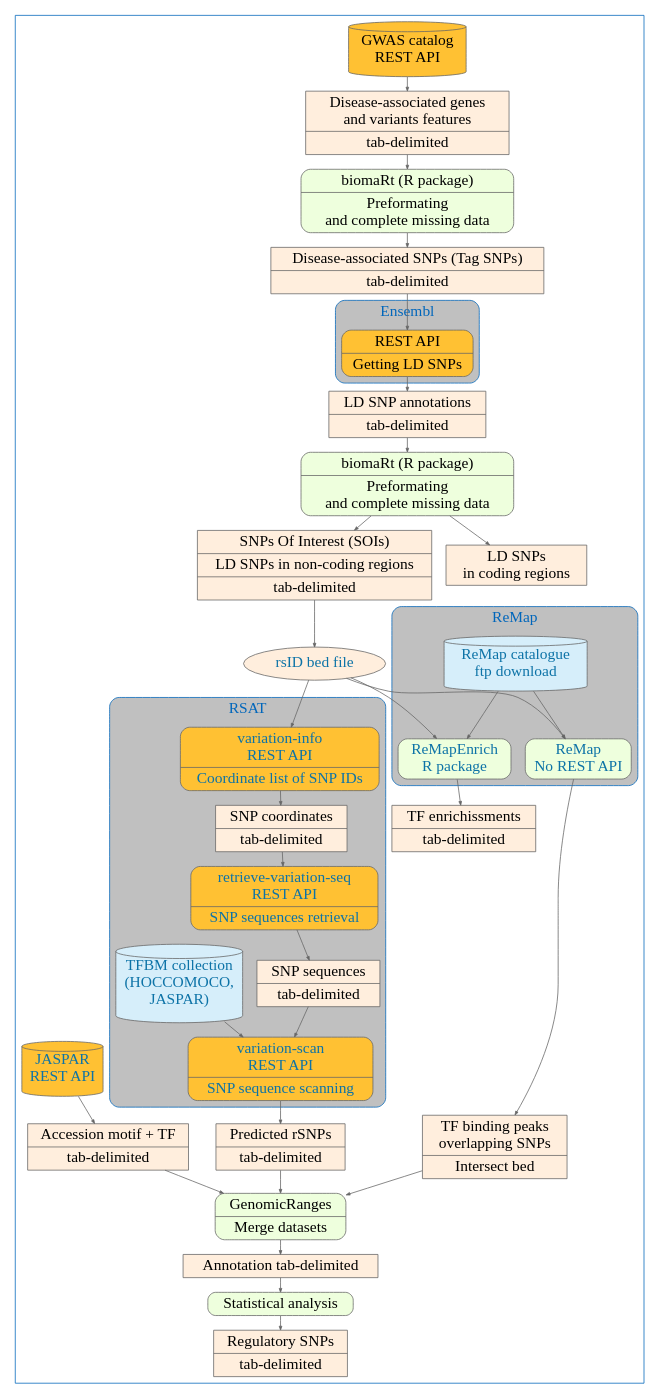
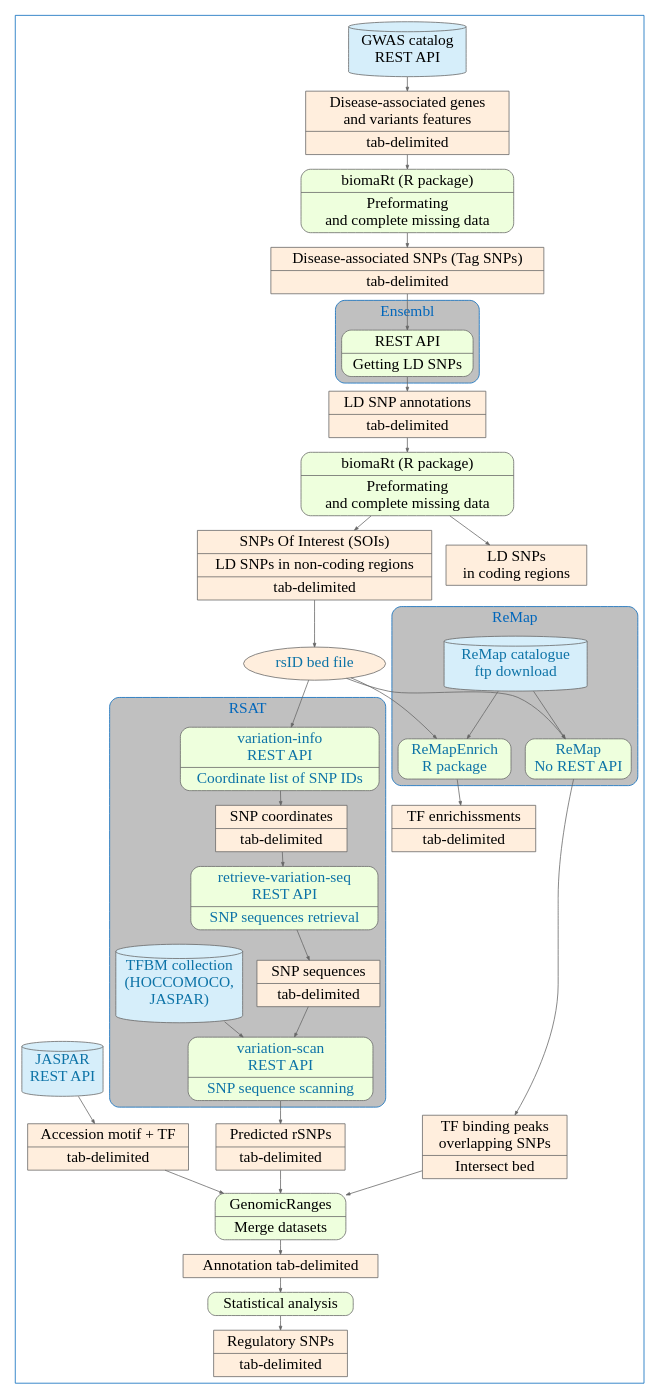
One commit to GREEKC/hackathon-marseille changed the diagram in project_descriptions/workflow_disease-associated-rSNPs/cisreg_GWAS/flowchart/cisreg-GWAS.dot. Above: the diagram before and after it, drawn with Graphviz. The commit also changed 1 other file, not shown here.

```diff
--- a/project_descriptions/workflow_disease-associated-rSNPs/cisreg_GWAS/flowchart/cisreg-GWAS.dot
+++ b/project_descriptions/workflow_disease-associated-rSNPs/cisreg_GWAS/flowchart/cisreg-GWAS.dot
@@ -8,7 +8,7 @@
 	edge [fontname="ArialMT",fontsize="20",labelfontname="ArialMT",labelfontsize="20", arrowsize="0.5", color="#666666"];
 	node [fontname="ArialMT",fontsize="20",shape=record,height="0.2", color="#666666"];
 
-	gwas_catalog [shape = "cylinder", style = "rounded,filled", fillcolor = "#FFC133", label = "GWAS catalog \n REST API", URL = "http://www.ebi.ac.uk/gwas/"];
+	gwas_catalog [shape = "cylinder", style = "rounded,filled", fillcolor = "#D6EEFA", label = "GWAS catalog \n REST API", URL = "http://www.ebi.ac.uk/gwas/"];
 			
 	gwas_catalog -> download
 
@@ -36,7 +36,7 @@
 
 	haplor1[shape = "record", 
 			style = "rounded,filled", 
-			fillcolor = "#FFC133", 
+			fillcolor = "#EEFFDD", 
 			label = "{REST API| Getting LD SNPs}"];
 }
 
@@ -93,7 +93,7 @@
 	## variation-info
 	variation_info [shape = "record", 
 					style = "rounded,filled", 
-					fillcolor = "#FFC133", 
+					fillcolor = "#EEFFDD", 
 					label = "{variation-info \n REST API | Coordinate list of SNP IDs}", 
 					URL = "http://rsat.sb-roscoff.fr/variation-info_form.cgi", 
 					fontcolor = "#0D73A7"];
@@ -110,7 +110,7 @@
 	## retrieve-variation-seq
 	retrieve_variation_seq [shape = "record", 
 							style = "rounded,filled", 
-							fillcolor = "#FFC133", 
+							fillcolor = "#EEFFDD", 
 							label = "{retrieve-variation-seq \n REST API | SNP sequences retrieval}", 
 							URL = "http://rsat.sb-roscoff.fr/retrieve-variation-seq_form.cgi", 
 							fontcolor = "#0D73A7"];
@@ -128,7 +128,7 @@
 	## variation-scan
 	variation_scan [shape = "record", 
 					style = "rounded,filled", 
-					fillcolor = "#FFC133", 
+					fillcolor = "#EEFFDD", 
 					label = "{variation-scan \n REST API | SNP sequence scanning}", 
 					URL = "http://rsat.sb-roscoff.fr/variation-scan_form.cgi", 
 					fontcolor = "#0D73A7"];
@@ -213,7 +213,7 @@
     
     	jaspar  [shape = "cylinder", 
 	style = "rounded,filled", 
-	fillcolor = "#FFC133", 
+	fillcolor = "#D6EEFA", 
 	label = "JASPAR \n REST API", 
 		URL = "http://jaspar.genereg.net/", 
 		fontcolor = "#0D73A7"];
```
